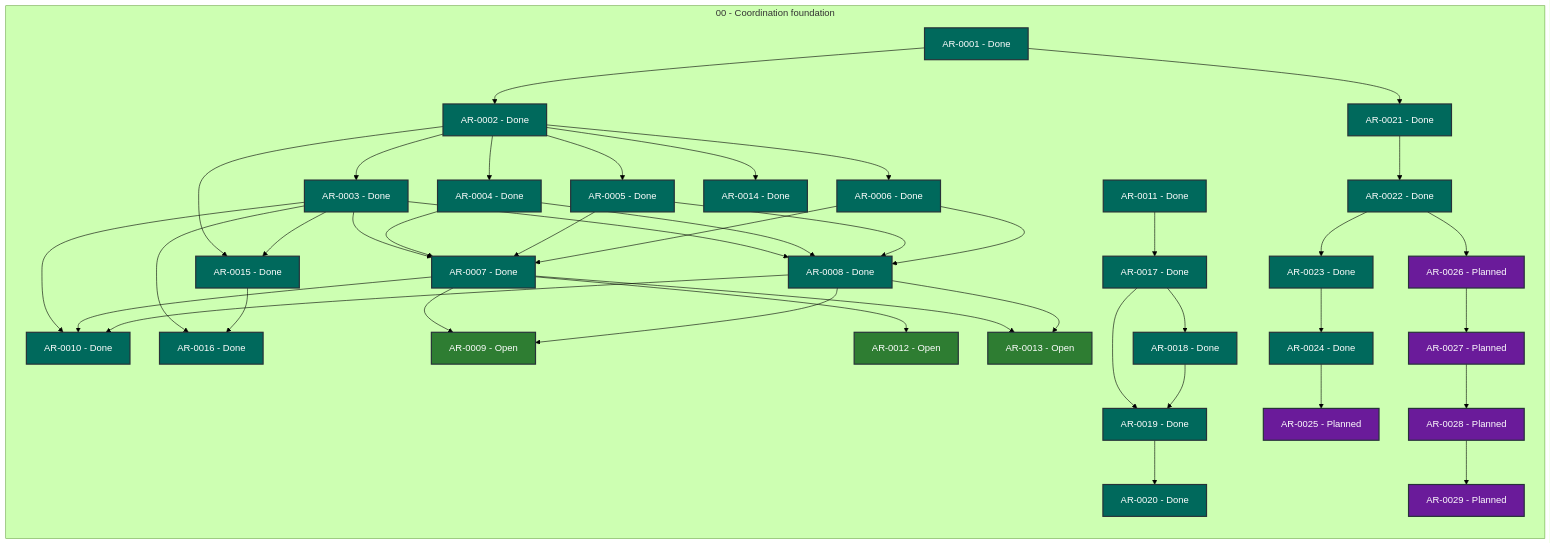
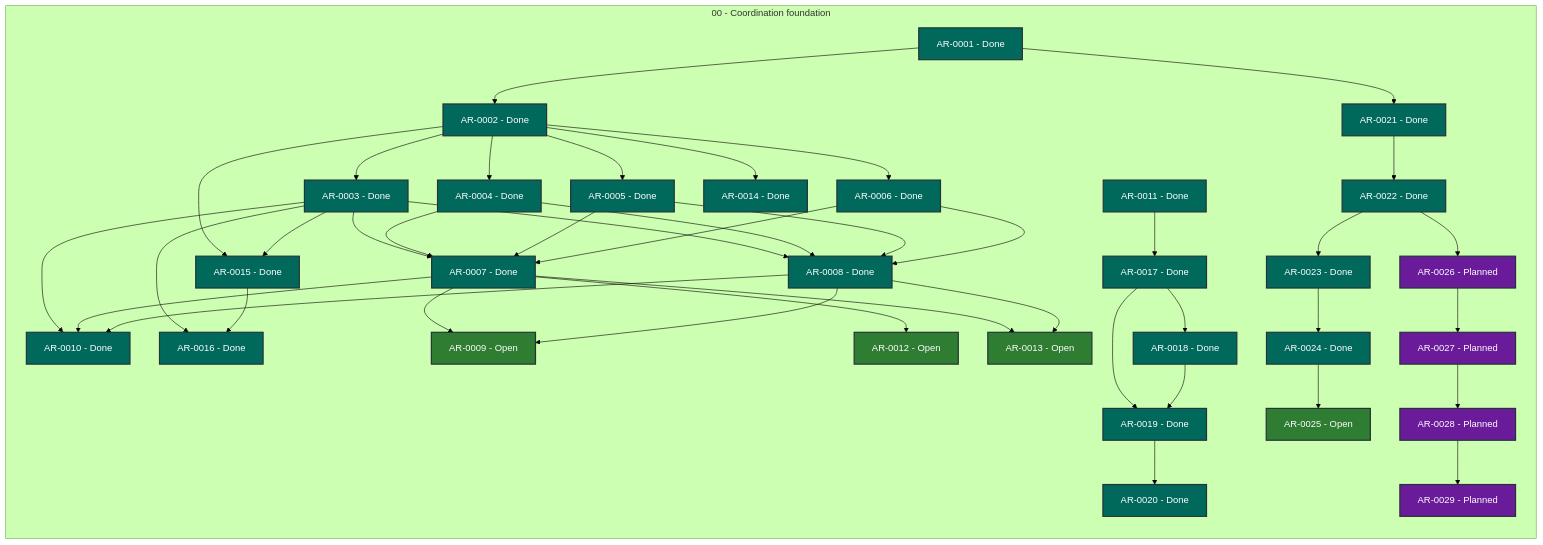
One commit to martin-beck/agent-workflow-coordinator-state changed the diagram in STATUS.md. Above: the diagram before and after it, drawn with Mermaid (forest theme). The commit also changed other lines of this file and 2 other files, not shown here.

```diff
--- a/STATUS.md
+++ b/STATUS.md
@@ -52,7 +52,7 @@
         AR_0022["AR-0022 - Done"]:::status_done
         AR_0023["AR-0023 - Done"]:::status_done
         AR_0024["AR-0024 - Done"]:::status_done
-        AR_0025["AR-0025 - Planned"]:::status_planned
+        AR_0025["AR-0025 - Open"]:::status_open
         AR_0026["AR-0026 - Planned"]:::status_planned
         AR_0027["AR-0027 - Planned"]:::status_planned
         AR_0028["AR-0028 - Planned"]:::status_planned
```
